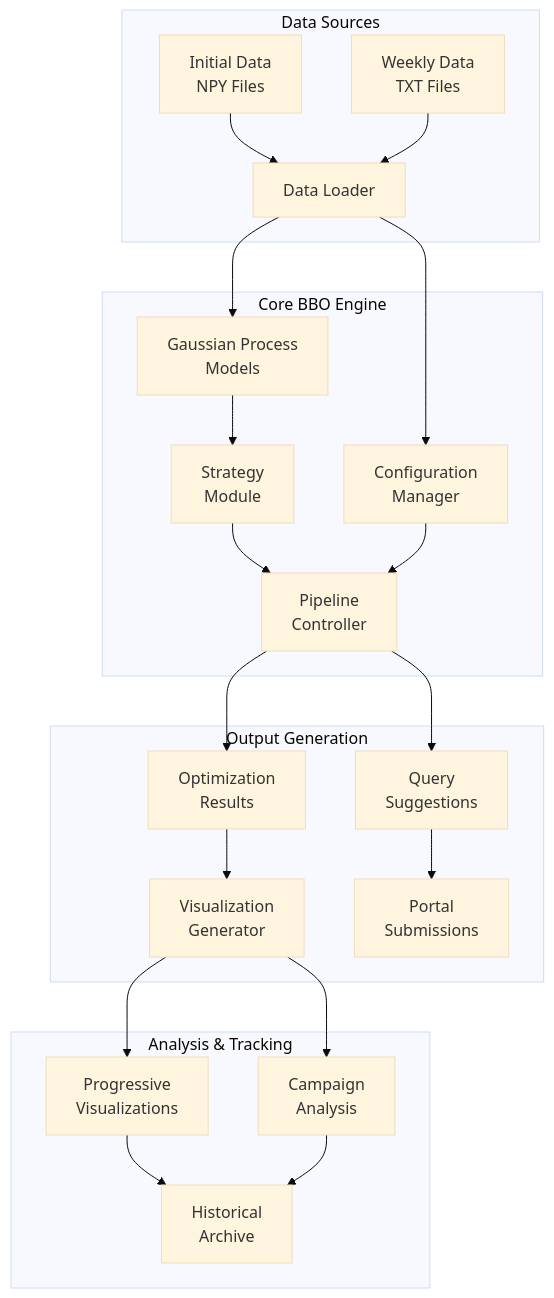
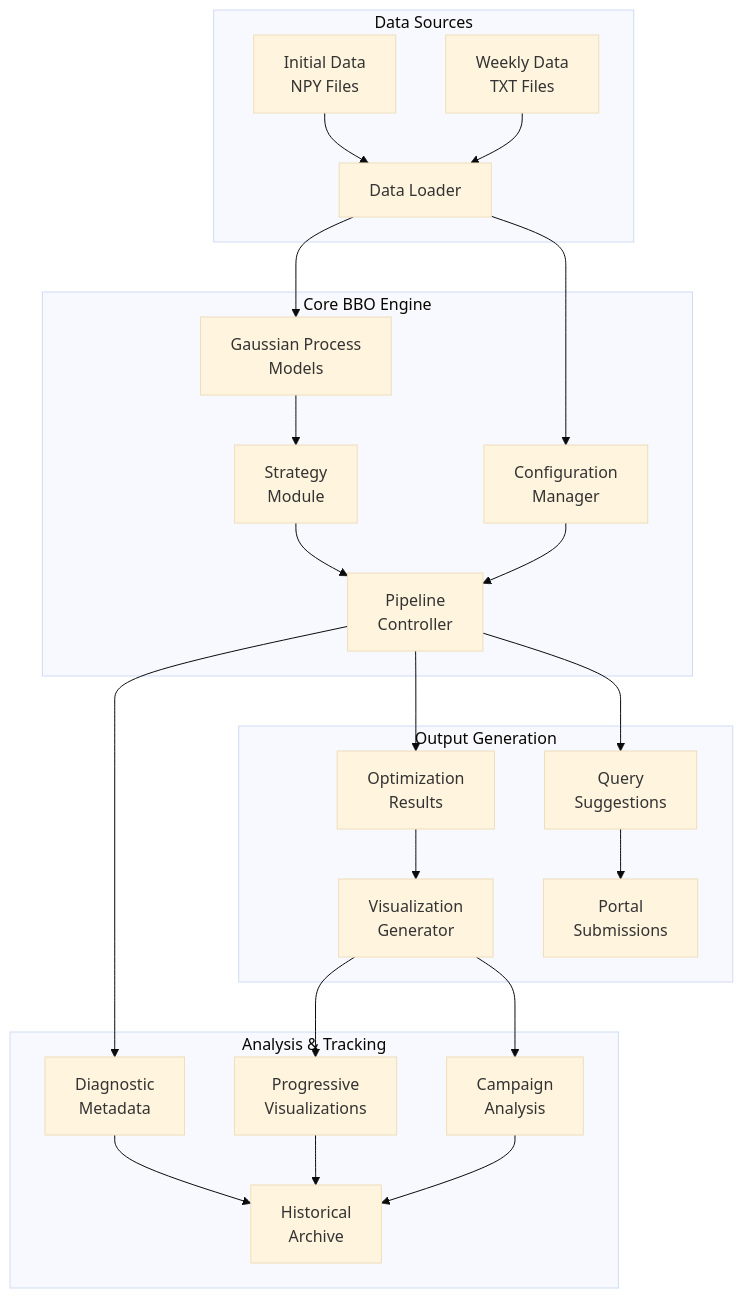
One commit to prasangasam/ml-ai-capstone-project changed the first of 5 diagrams in docs/architecture.md. Above: the diagram before and after it, drawn with Mermaid (base theme). The commit also changed other lines of this file and 7 other files, not shown here.

````diff
--- a/docs/architecture.md
+++ b/docs/architecture.md
@@ -9,29 +9,31 @@
 ```mermaid
 graph TB
     subgraph "Data Sources"
         A[Initial Data<br/>NPY Files] --> B[Data Loader]
         C[Weekly Data<br/>TXT Files] --> B
     end
     
     subgraph "Core BBO Engine"
         B --> D[Configuration<br/>Manager]
         B --> E[Gaussian Process<br/>Models]
         E --> F[Strategy<br/>Module]
         F --> G[Pipeline<br/>Controller]
         D --> G
     end
     
     subgraph "Output Generation"
         G --> H[Optimization<br/>Results]
         G --> I[Query<br/>Suggestions]
         H --> J[Visualization<br/>Generator]
         I --> K[Portal<br/>Submissions]
     end
     
     subgraph "Analysis & Tracking"
         J --> L[Progressive<br/>Visualizations]
         J --> M[Campaign<br/>Analysis]
-        L --> N[Historical<br/>Archive]
+        G --> R[Diagnostic<br/>Metadata]
+        R --> N[Historical<br/>Archive]
+        L --> N
         M --> N
     end
 ```
````
